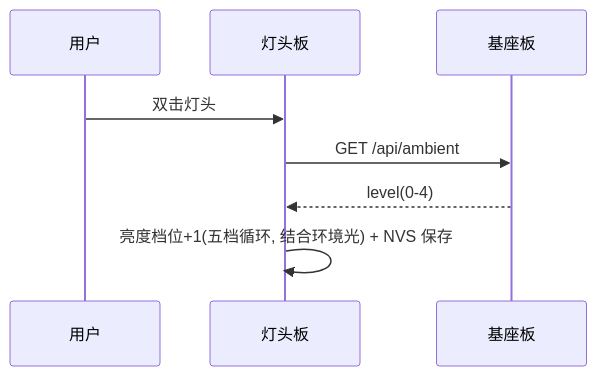
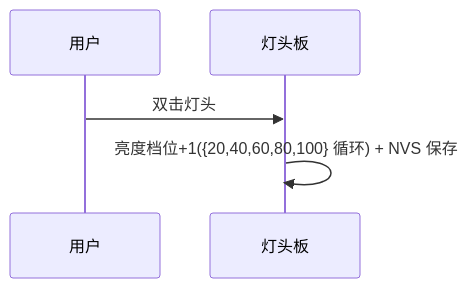
One commit to FocusGroup8/FocusLamp_DEMO2 changed the third of 6 diagrams in plan/09-三板联动Demo接口契约.md. Above: the diagram before and after it, drawn with Mermaid. The commit also changed other lines of this file and 9 other files, not shown here.

````diff
--- a/plan/09-三板联动Demo接口契约.md
+++ b/plan/09-三板联动Demo接口契约.md
@@ -145,10 +147,7 @@
 ```mermaid
 sequenceDiagram
     participant U as 用户
     participant H as 灯头板
-    participant B as 基座板
     U->>H: 双击灯头
-    H->>B: GET /api/ambient
-    B-->>H: level(0-4)
-    H->>H: 亮度档位+1(五档循环, 结合环境光) + NVS 保存
+    H->>H: 亮度档位+1({20,40,60,80,100} 循环) + NVS 保存
 ```
````
